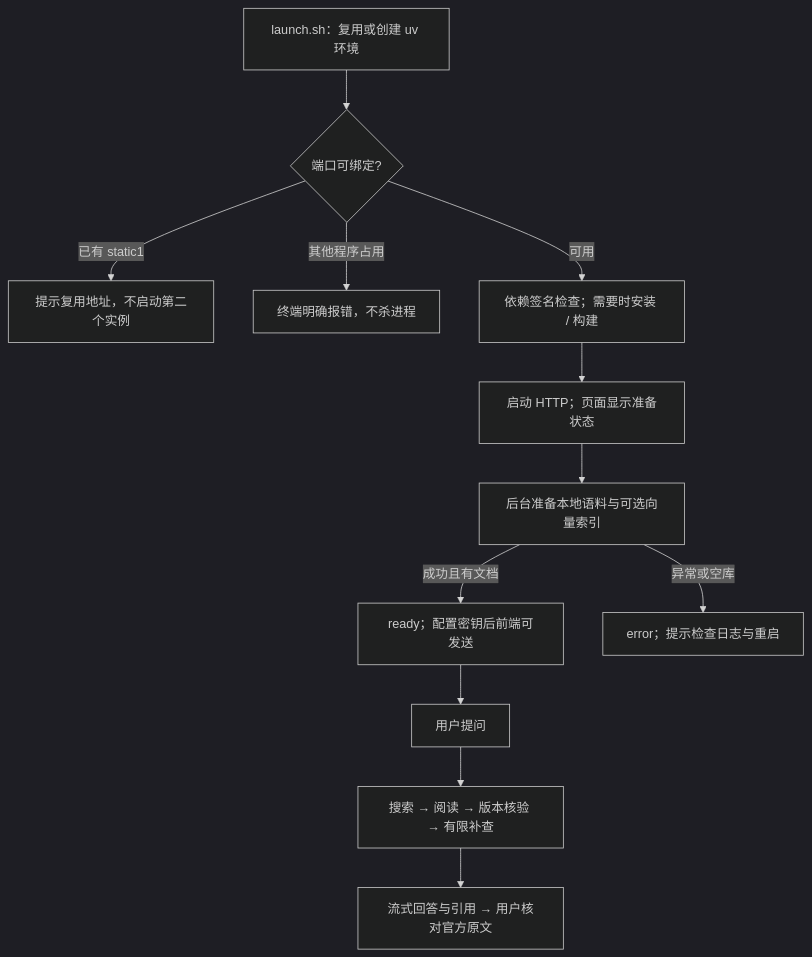
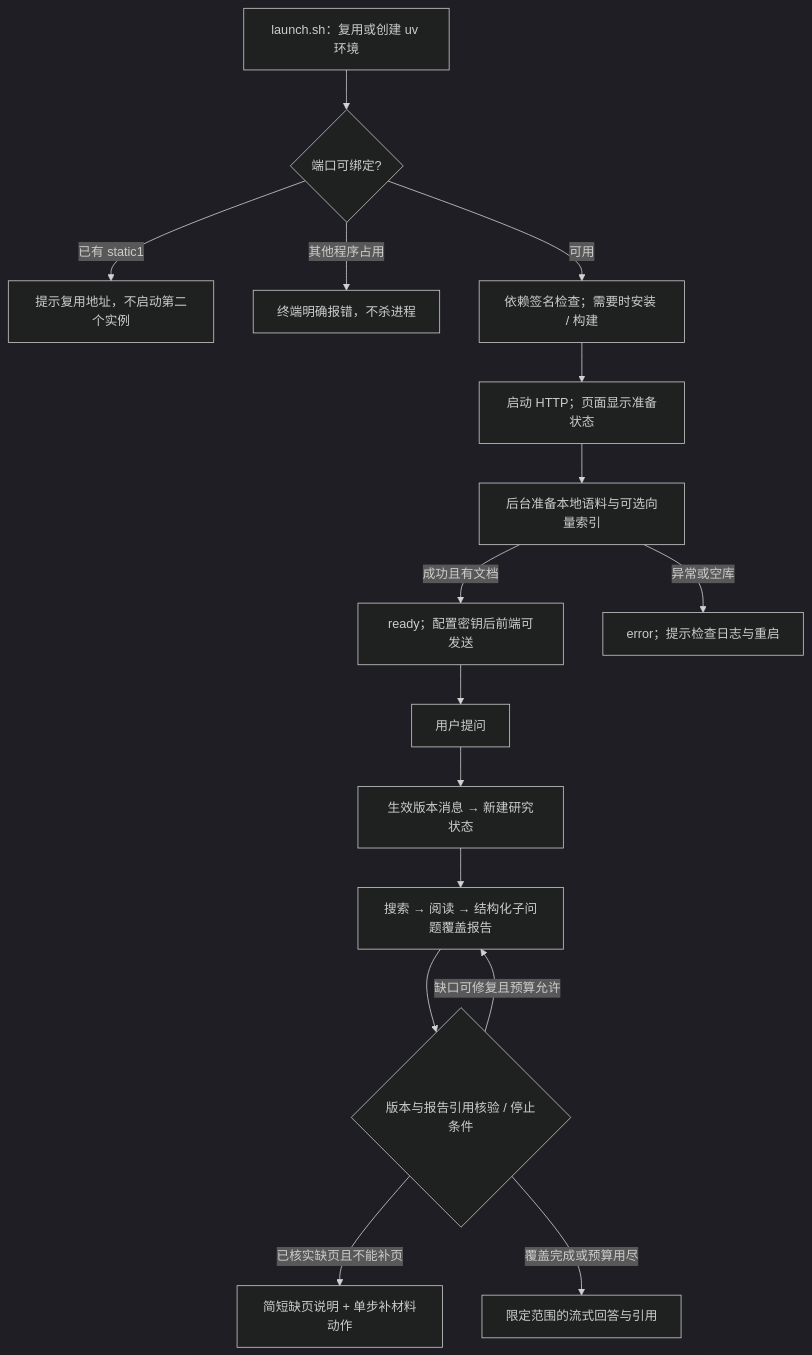
Before and after one commit to fhfeishi/pipelines_rag: the second of 2 diagrams in dev_docs/static1_design/HLD.md, drawn with Mermaid (dark theme). The commit also changed other lines of this file and 29 other files, not shown here.

````diff
--- a/dev_docs/static1_design/HLD.md
+++ b/dev_docs/static1_design/HLD.md
@@ -36,14 +38,18 @@
 ```mermaid
 flowchart TD
   Launch[launch.sh：复用或创建 uv 环境] --> Port{端口可绑定?}
   Port -->|已有 static1| Reuse[提示复用地址，不启动第二个实例]
   Port -->|其他程序占用| Exit[终端明确报错，不杀进程]
   Port -->|可用| Deps[依赖签名检查；需要时安装 / 构建]
   Deps --> Serve[启动 HTTP；页面显示准备状态]
   Serve --> Prepare[后台准备本地语料与可选向量索引]
   Prepare -->|成功且有文档| Ready[ready；配置密钥后前端可发送]
   Prepare -->|异常或空库| Error[error；提示检查日志与重启]
   Ready --> Ask[用户提问]
-  Ask --> Research[搜索 → 阅读 → 版本核验 → 有限补查]
-  Research --> Answer[流式回答与引用 → 用户核对官方原文]
+  Ask --> Fresh[生效版本消息 → 新建研究状态]
+  Fresh --> Research[搜索 → 阅读 → 结构化子问题覆盖报告]
+  Research --> Check{版本与报告引用核验 / 停止条件}
+  Check -->|缺口可修复且预算允许| Research
+  Check -->|已核实缺页且不能补页| Stop[简短缺页说明 + 单步补材料动作]
+  Check -->|覆盖完成或预算用尽| Answer[限定范围的流式回答与引用]
 ```
````
